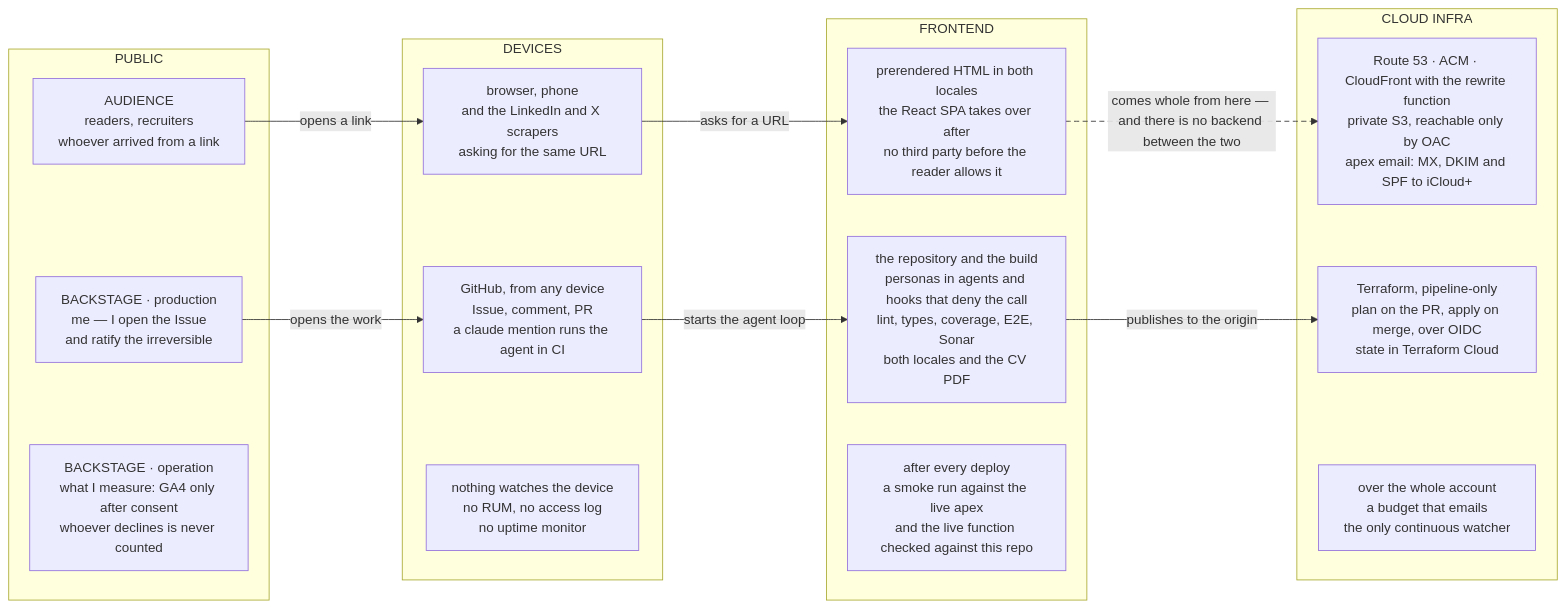
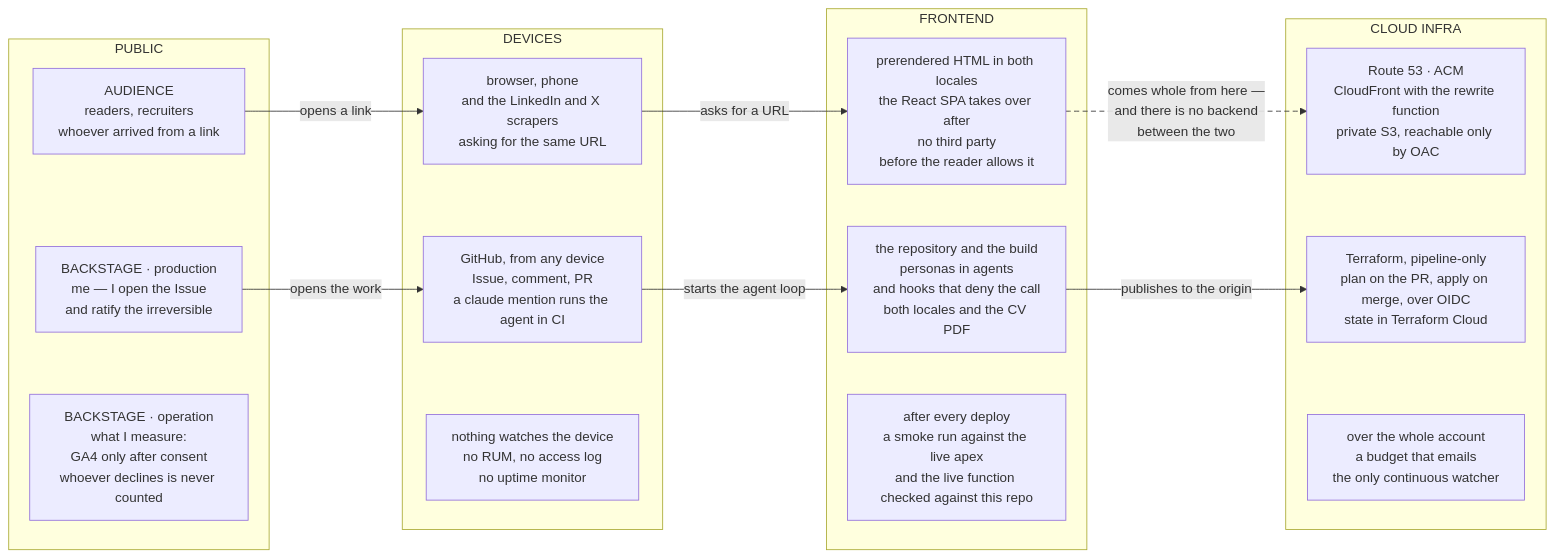
Before and after one commit to tedeuxx/tadeumendonca-io: the first of 3 diagrams in apps/fed/src/content/architecture.en.md, drawn with Mermaid. The commit also changed other lines of this file and 2 other files, not shown here.

````diff
--- a/apps/fed/src/content/architecture.en.md
+++ b/apps/fed/src/content/architecture.en.md
@@ -68,35 +68,35 @@
 ```mermaid
 flowchart LR
   accTitle: The lanes and the tiers — what the reader meets, and what keeps it standing
-  accDescr: A grid read from left to right, four columns wide — public, devices, frontend and cloud infra — with three lanes stacked inside them. The top lane is the audience, what the reader meets on the site: the public arrives from a link, the device asks for a URL, and what comes back is prerendered HTML in both locales, with the React SPA taking over afterwards and no third party loaded before the reader allows it — GA4 only on consent, YouTube only on a click. That page comes whole from the cloud infra column: Route 53, ACM, CloudFront with its rewrite function, a private S3 bucket that answers only that distribution, and the apex email records. Between frontend and infra there is no backend column, and that absence is the claim this drawing makes: there is no application tier, because the requirement never asked for one, and nothing of mine runs per request. The two lower lanes are the backstage, what nobody sees and what keeps the operation running. The production lane: I open the Issue and ratify the irreversible; GitHub is the console, from any device, and a claude mention runs the agent inside CI with no machine of mine switched on; the repository and the build carry the personas, the hooks that deny the call and the gates, and produce both locales and the CV PDF; Terraform applies the infrastructure pipeline-only, with state in Terraform Cloud. The operation lane is the thinnest, and it is thin as a finding rather than by design: what I measure is GA4 after consent, so whoever declines is never counted; nothing watches the reader's device, no RUM, no access log and no uptime monitor; after every deploy a smoke run hits the live apex and checks that the published function is this repository's; and over the whole account there is a budget that emails, which is the only continuous watcher there is.
+  accDescr: A grid read from left to right, four columns wide — public, devices, frontend and cloud infra — with three lanes stacked inside them. The top lane is the audience, what the reader meets on the site: the public arrives from a link, the device asks for a URL, and what comes back is prerendered HTML in both locales, with the React SPA taking over afterwards and no third party loaded before the reader allows it — GA4 only on consent, YouTube only on a click. That page comes whole from the cloud infra column: Route 53, ACM, CloudFront with its rewrite function, and a private S3 bucket that answers only that distribution. Between frontend and infra there is no backend column, and that absence is the claim this drawing makes: there is no application tier, because the requirement never asked for one, and nothing of mine runs per request. The two lower lanes are the backstage, what nobody sees and what keeps the operation running. The production lane: I open the Issue and ratify the irreversible; GitHub is the console, from any device, and a claude mention runs the agent inside CI with no machine of mine switched on; the repository and the build carry the personas and the hooks that deny the call, and produce both locales and the CV PDF; Terraform applies the infrastructure pipeline-only, with state in Terraform Cloud. The operation lane is the thinnest, and it is thin as a finding rather than by design: what I measure is GA4 after consent, so whoever declines is never counted; nothing watches the reader's device, no RUM, no access log and no uptime monitor; after every deploy a smoke run hits the live apex and checks that the published function is this repository's; and over the whole account there is a budget that emails, which is the only continuous watcher there is.
   subgraph T1["PUBLIC"]
     A1["AUDIENCE<br/>readers, recruiters<br/>whoever arrived from a link"]
     B1["BACKSTAGE · production<br/>me — I open the Issue<br/>and ratify the irreversible"]
-    C1["BACKSTAGE · operation<br/>what I measure: GA4 only after consent<br/>whoever declines is never counted"]
+    C1["BACKSTAGE · operation<br/>what I measure:<br/>GA4 only after consent<br/>whoever declines is never counted"]
   end
   subgraph T2["DEVICES"]
     A2["browser, phone<br/>and the LinkedIn and X scrapers<br/>asking for the same URL"]
     B2["GitHub, from any device<br/>Issue, comment, PR<br/>a claude mention runs the agent in CI"]
     C2["nothing watches the device<br/>no RUM, no access log<br/>no uptime monitor"]
   end
   subgraph T3["FRONTEND"]
-    A3["prerendered HTML in both locales<br/>the React SPA takes over after<br/>no third party before the reader allows it"]
-    B3["the repository and the build<br/>personas in agents and hooks that deny the call<br/>lint, types, coverage, E2E, Sonar<br/>both locales and the CV PDF"]
+    A3["prerendered HTML in both locales<br/>the React SPA takes over after<br/>no third party<br/>before the reader allows it"]
+    B3["the repository and the build<br/>personas in agents<br/>and hooks that deny the call<br/>both locales and the CV PDF"]
     C3["after every deploy<br/>a smoke run against the live apex<br/>and the live function checked against this repo"]
   end
   subgraph T4["CLOUD INFRA"]
-    A4["Route 53 · ACM · CloudFront with the rewrite function<br/>private S3, reachable only by OAC<br/>apex email: MX, DKIM and SPF to iCloud+"]
+    A4["Route 53 · ACM<br/>CloudFront with the rewrite function<br/>private S3, reachable only by OAC"]
     B4["Terraform, pipeline-only<br/>plan on the PR, apply on merge, over OIDC<br/>state in Terraform Cloud"]
     C4["over the whole account<br/>a budget that emails<br/>the only continuous watcher"]
   end
   A1 -- "opens a link" --> A2
   A2 -- "asks for a URL" --> A3
-  A3 -- "comes whole from here — and there is no backend between the two" --> A4
+  A3 -- "comes whole from here —<br/>and there is no backend<br/>between the two" --> A4
   B1 -- "opens the work" --> B2
   B2 -- "starts the agent loop" --> B3
   B3 -- "publishes to the origin" --> B4
   C1 ~~~ C2
   C2 ~~~ C3
   C3 ~~~ C4
   linkStyle 2 stroke-dasharray:6 4
 ```
````
